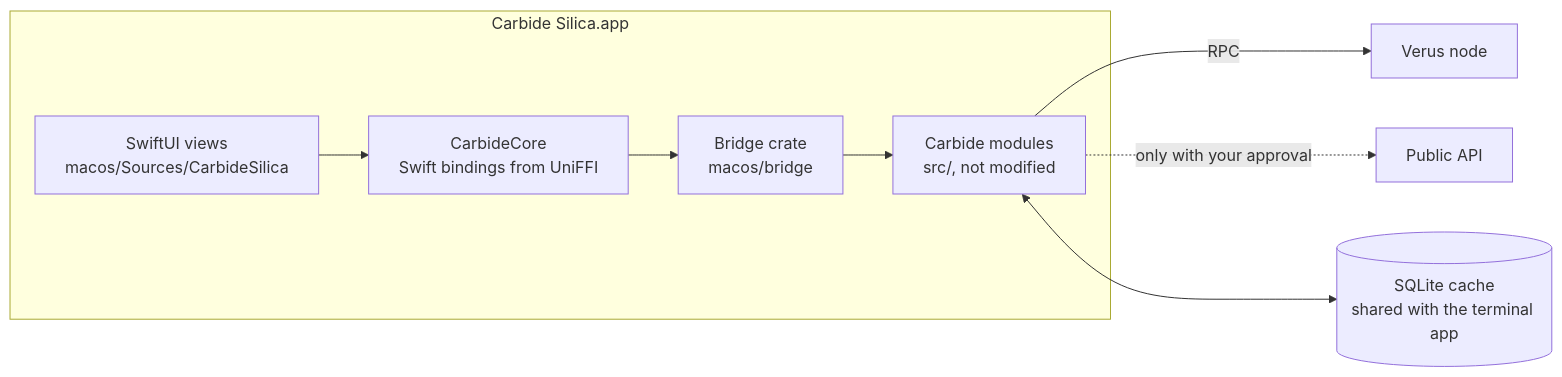
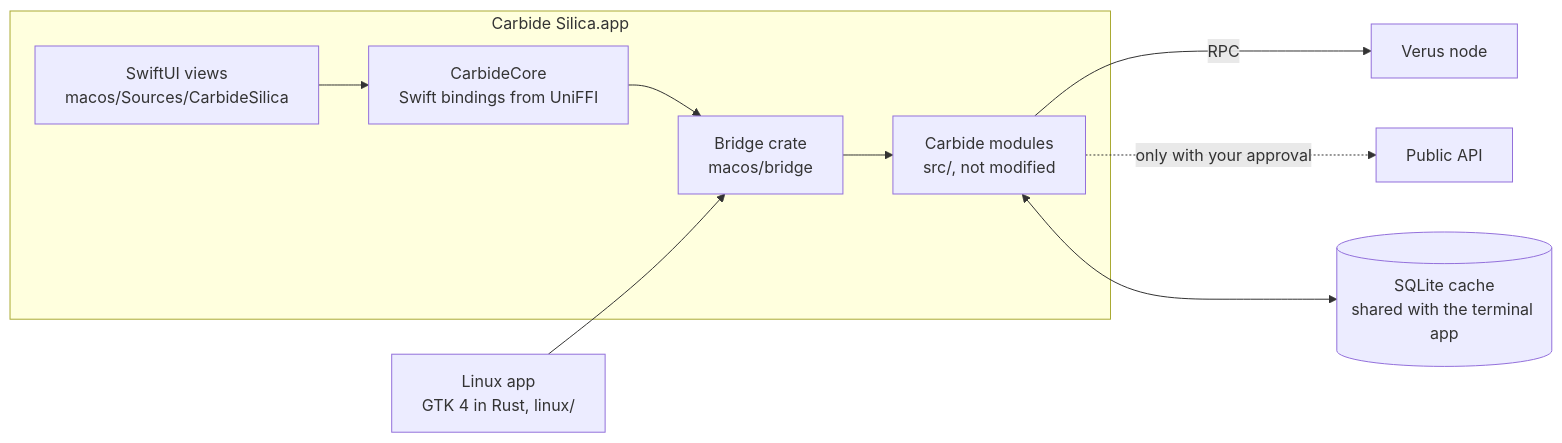
Before and after one commit to aelder/CarbideSilica: the diagram in .github/README.md, drawn with Mermaid. The commit also changed other lines of this file and 1 other file, not shown here.

First line of the commit message:
Describe the Linux version in the readmes

````diff
--- a/.github/README.md
+++ b/.github/README.md
@@ -203,13 +248,14 @@
 ```mermaid
 flowchart LR
     subgraph app["Carbide Silica.app"]
         ui["SwiftUI views<br>macos/Sources/CarbideSilica"]
         core["CarbideCore<br>Swift bindings from UniFFI"]
         bridge["Bridge crate<br>macos/bridge"]
         engine["Carbide modules<br>src/, not modified"]
         ui --> core --> bridge --> engine
     end
+    gtk["Linux app<br>GTK 4 in Rust, linux/"] --> bridge
     engine -->|RPC| node["Verus node"]
     engine -.->|only with your approval| api["Public API"]
     engine <--> cache[("SQLite cache<br>shared with the terminal app")]
 ```
````
